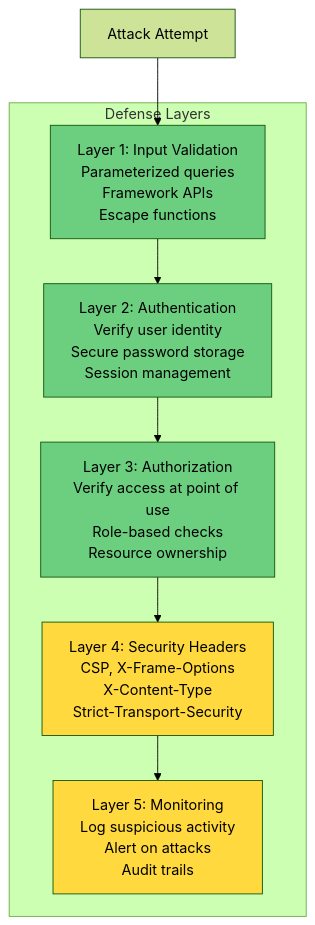
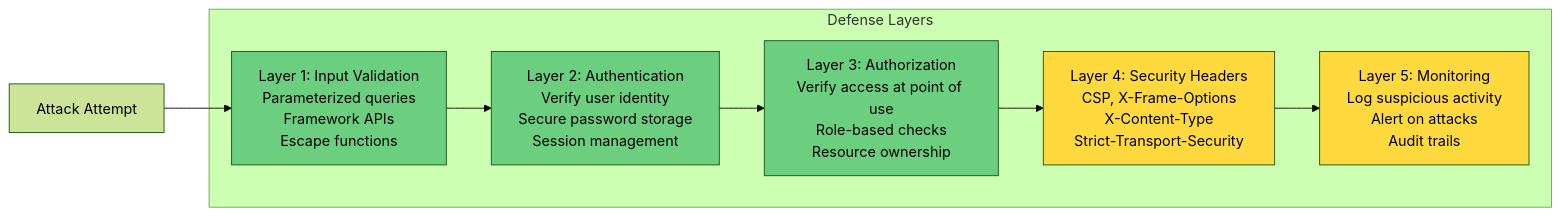
One commit to ahmed-226/Backend-from-first-principles changed diagram 13 of 15 in 15.Backend Security/README.md. Above: the diagram before and after it, drawn with Mermaid (forest theme). The commit also changed other lines of this file and 1 other file, not shown here.

````diff
--- a/15.Backend Security/README.md
+++ b/15.Backend Security/README.md
@@ -946,24 +946,24 @@
 ```mermaid
-graph TB
+graph LR
     subgraph "Defense Layers"
         L1["Layer 1: Input Validation<br/>Parameterized queries<br/>Framework APIs<br/>Escape functions"]
         L2["Layer 2: Authentication<br/>Verify user identity<br/>Secure password storage<br/>Session management"]
         L3["Layer 3: Authorization<br/>Verify access at point of use<br/>Role-based checks<br/>Resource ownership"]
         L4["Layer 4: Security Headers<br/>CSP, X-Frame-Options<br/>X-Content-Type<br/>Strict-Transport-Security"]
         L5["Layer 5: Monitoring<br/>Log suspicious activity<br/>Alert on attacks<br/>Audit trails"]
     end
     
     ATTACK["Attack Attempt"]
     
     ATTACK --> L1
     L1 --> L2
     L2 --> L3
     L3 --> L4
     L4 --> L5
     
-    style L1 fill:#6BCF7F
-    style L2 fill:#6BCF7F
-    style L3 fill:#6BCF7F
-    style L4 fill:#FFD93D
-    style L5 fill:#FFD93D
+    style L1 fill:#6BCF7F,color:#000
+    style L2 fill:#6BCF7F,color:#000
+    style L3 fill:#6BCF7F,color:#000
+    style L4 fill:#FFD93D,color:#000
+    style L5 fill:#FFD93D,color:#000
 ```
````
